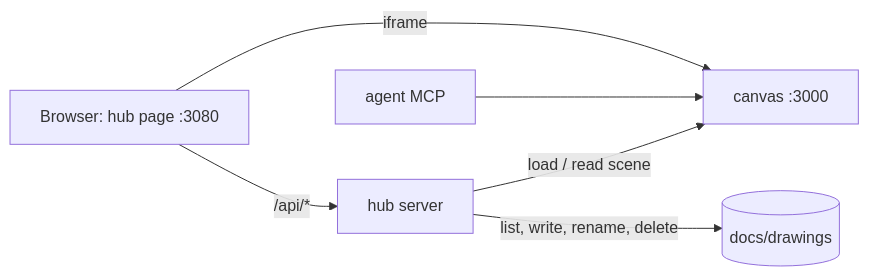
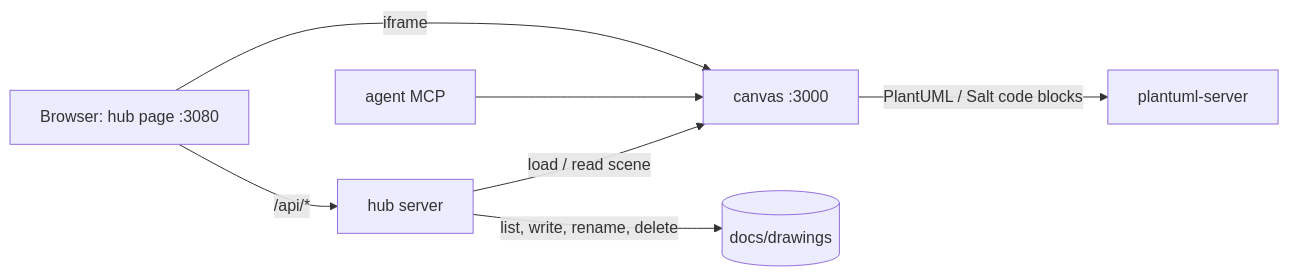
One commit to turtlewizard73/excalidraw-hub changed the diagram in README.md. Above: the diagram before and after it, drawn with Mermaid. The commit also changed other lines of this file and 6 other files, not shown here.

Commit message:
Hub runs its own canvas: compose adds canvas (built from canvas/ subtree, :3000) and plantuml-server; test stack builds the same canvas; SYNC_BRANCH default development

````diff
--- a/README.md
+++ b/README.md
@@ -7,8 +7,9 @@
 ```mermaid
 flowchart LR
   B[Browser: hub page :3080] -->|/api/*| H[hub server]
   B -->|iframe| C[canvas :3000]
   A[agent MCP] --> C
   H -->|load / read scene| C
   H -->|list, write, rename, delete| D[(docs/drawings)]
+  C -->|PlantUML / Salt code blocks| P[plantuml-server]
 ```
````
